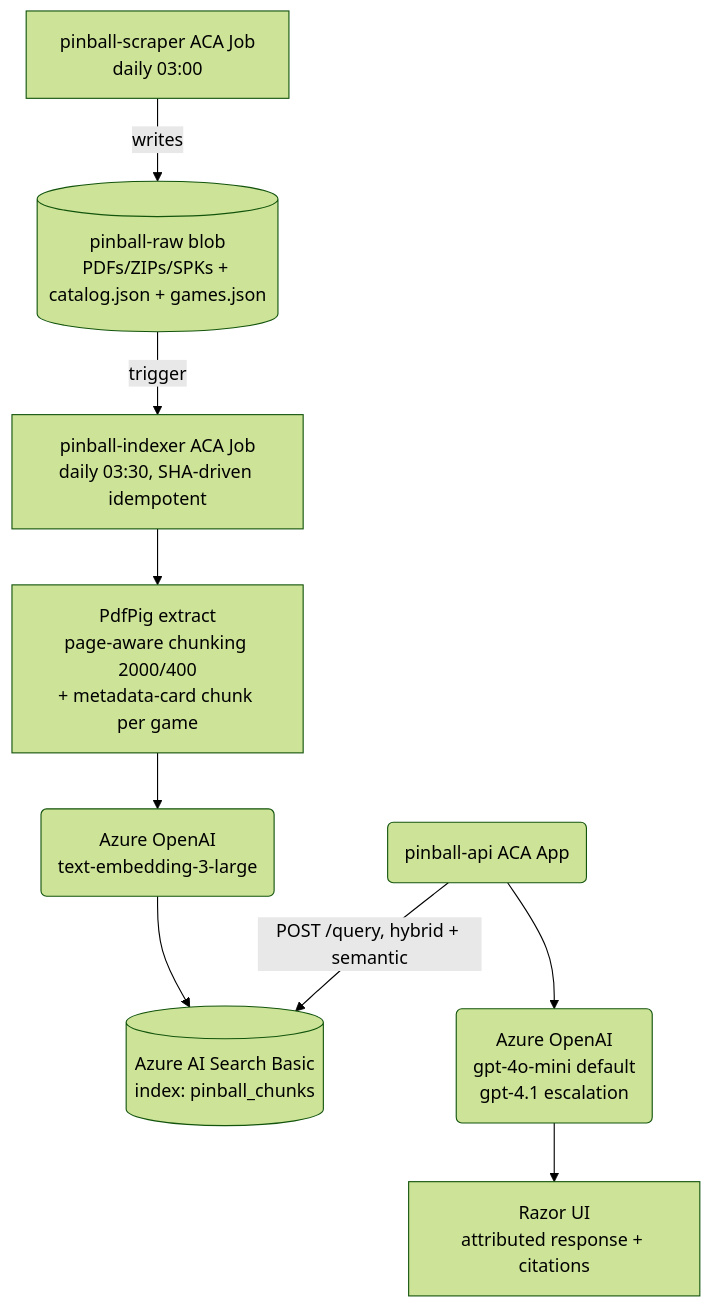
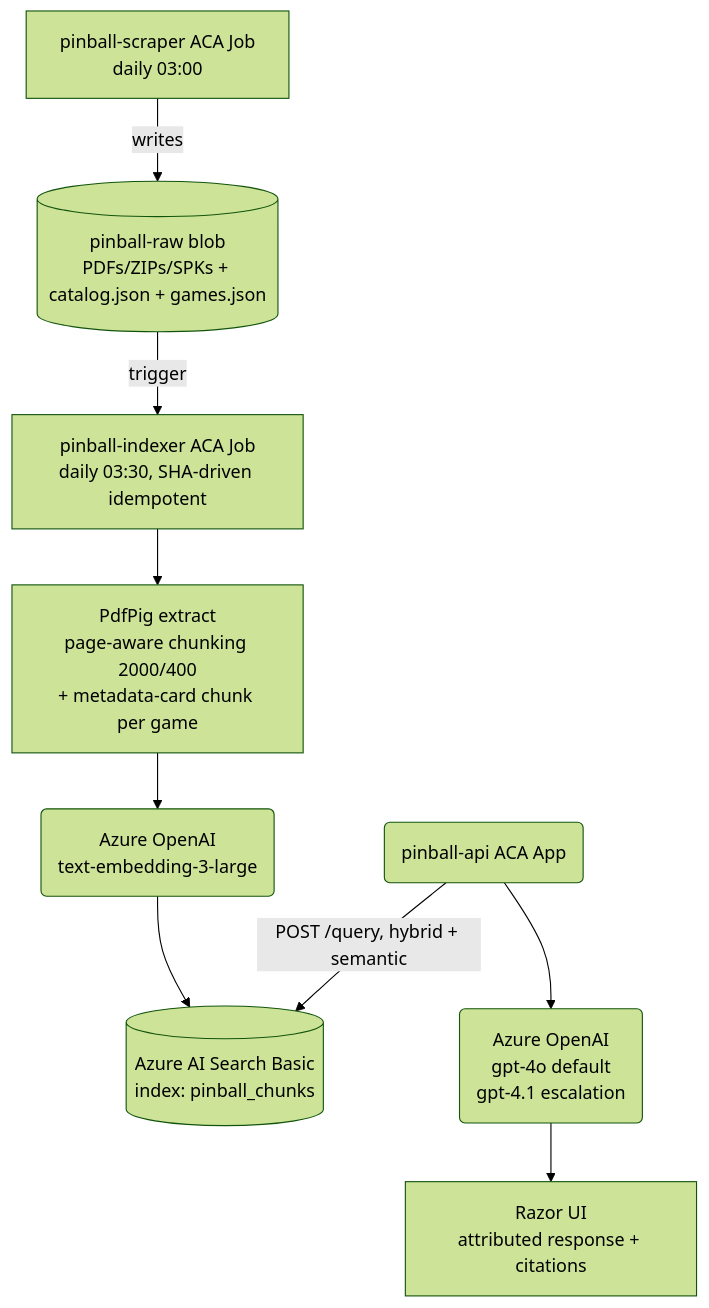
Before and after one commit to Early-Bird-Solutions-LLC/PinballWizard: the first of 4 diagrams in docs/infra_analysis.md, drawn with Mermaid (forest theme). The commit also changed other lines of this file and 7 other files, not shown here.

Commit message:
docs(process) correct stale gpt-4o-mini default to gpt-4o (ADR-0015 2026-05-17)

````diff
--- a/docs/infra_analysis.md
+++ b/docs/infra_analysis.md
@@ -100,21 +100,21 @@
 ```mermaid
 graph TB
     Scraper[pinball-scraper ACA Job<br/>daily 03:00]
     Raw[(pinball-raw blob<br/>PDFs/ZIPs/SPKs + catalog.json + games.json)]
     Indexer[pinball-indexer ACA Job<br/>daily 03:30, SHA-driven idempotent]
     Chunker[PdfPig extract<br/>page-aware chunking 2000/400<br/>+ metadata-card chunk per game]
     Embed(Azure OpenAI<br/>text-embedding-3-large)
     Search[(Azure AI Search Basic<br/>index: pinball_chunks)]
     Api(pinball-api ACA App)
-    Completion(Azure OpenAI<br/>gpt-4o-mini default<br/>gpt-4.1 escalation)
+    Completion(Azure OpenAI<br/>gpt-4o default<br/>gpt-4.1 escalation)
     UI[Razor UI<br/>attributed response + citations]
 
     Scraper -->|writes| Raw
     Raw -->|trigger| Indexer
     Indexer --> Chunker
     Chunker --> Embed
     Embed --> Search
     Api -->|POST /query, hybrid + semantic| Search
     Api --> Completion
     Completion --> UI
 ```
````
